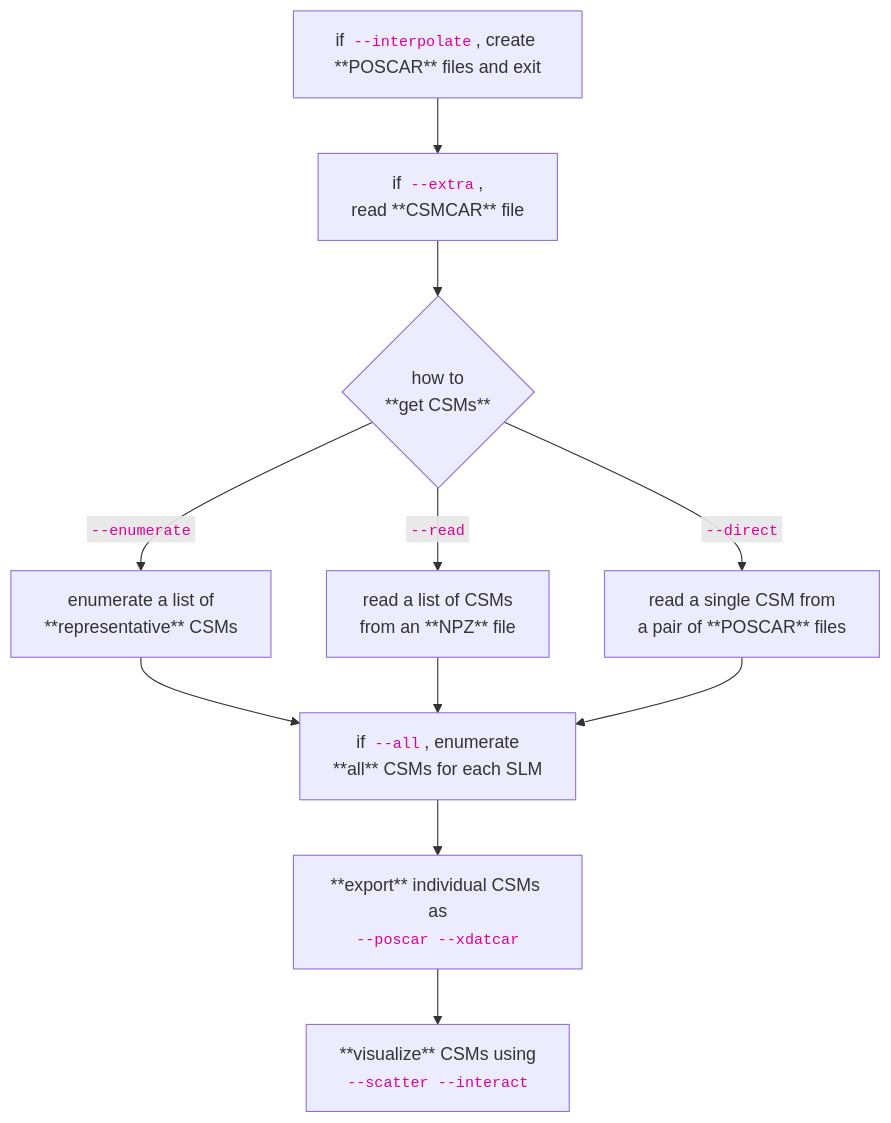
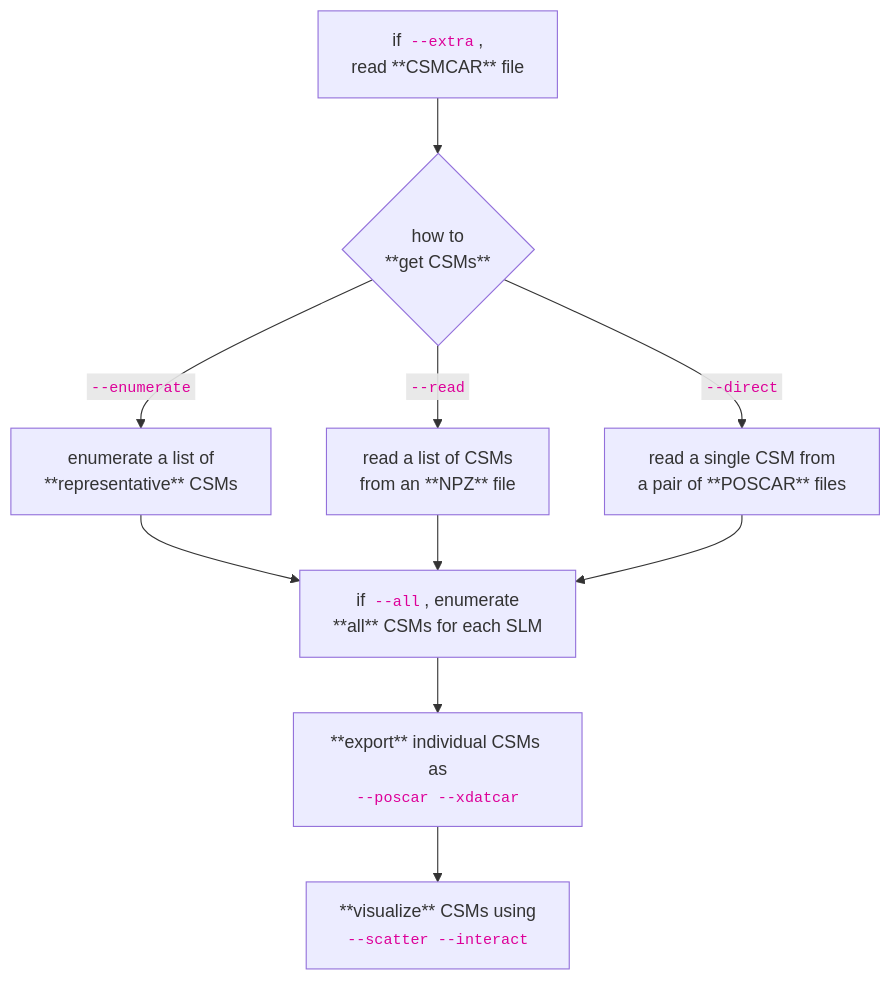
One commit to Fangcheng-Wang/crystmatch changed the diagram in docs/cli.md. Above: the diagram before and after it, drawn with Mermaid. The commit also changed other lines of this file and 5 other files, not shown here.

````diff
--- a/docs/cli.md
+++ b/docs/cli.md
@@ -5,13 +7,12 @@
 ``` mermaid
 flowchart TB
-  modeI["if <code style='color: #dd0099 !important; background-color: var(--md-code-bg-color); border-radius: .1rem; font-size: .85em; padding: 0 .2941176471em; font-family: monospace; word-break: break-word;'>--interpolate</code>, create **POSCAR** files and exit"] --> config;
   config["if <code style='color: #dd0099 !important; background-color: var(--md-code-bg-color); border-radius: .1rem; font-size: .85em; padding: 0 .2941176471em; font-family: monospace; word-break: break-word;'>--extra</code>,<br>read **CSMCAR** file"] --> mode;
   mode{how to<br>**get CSMs**} --> |"<code style='color: #dd0099 !important; background-color: var(--md-code-bg-color); border-radius: .1rem; font-size: .85em; padding: 0 .2941176471em; font-family: monospace; word-break: break-word;'>--enumerate</code>"| modeE[enumerate a list of<br>**representative** CSMs];
   modeE --> all;
   mode --> |"<code style='color: #dd0099 !important; background-color: var(--md-code-bg-color); border-radius: .1rem; font-size: .85em; padding: 0 .2941176471em; font-family: monospace; word-break: break-word;'>--read</code>"| modeR["read a list of CSMs<br>from an **NPZ** file<br>"];
   modeR --> all;
   mode --> |"<code style='color: #dd0099 !important; background-color: var(--md-code-bg-color); border-radius: .1rem; font-size: .85em; padding: 0 .2941176471em; font-family: monospace; word-break: break-word;'>--direct</code>"| modeD["read a single CSM from<br>a pair of **POSCAR** files"];
   modeD --> all["if <code style='color: #dd0099 !important; background-color: var(--md-code-bg-color); border-radius: .1rem; font-size: .85em; padding: 0 .2941176471em; font-family: monospace; word-break: break-word;'>--all</code>, enumerate<br>**all** CSMs for each SLM"];
   all --> export["**export** individual CSMs as<br><code style='color: #dd0099 !important; background-color: var(--md-code-bg-color); border-radius: .1rem; font-size: .85em; padding: 0 .2941176471em; font-family: monospace; word-break: break-word;'>--poscar --xdatcar</code>"];
   export --> visualize["**visualize** CSMs using<br><code style='color: #dd0099 !important; background-color: var(--md-code-bg-color); border-radius: .1rem; font-size: .85em; padding: 0 .2941176471em; font-family: monospace; word-break: break-word;'>--scatter --interact</code>"]
 ```
````
